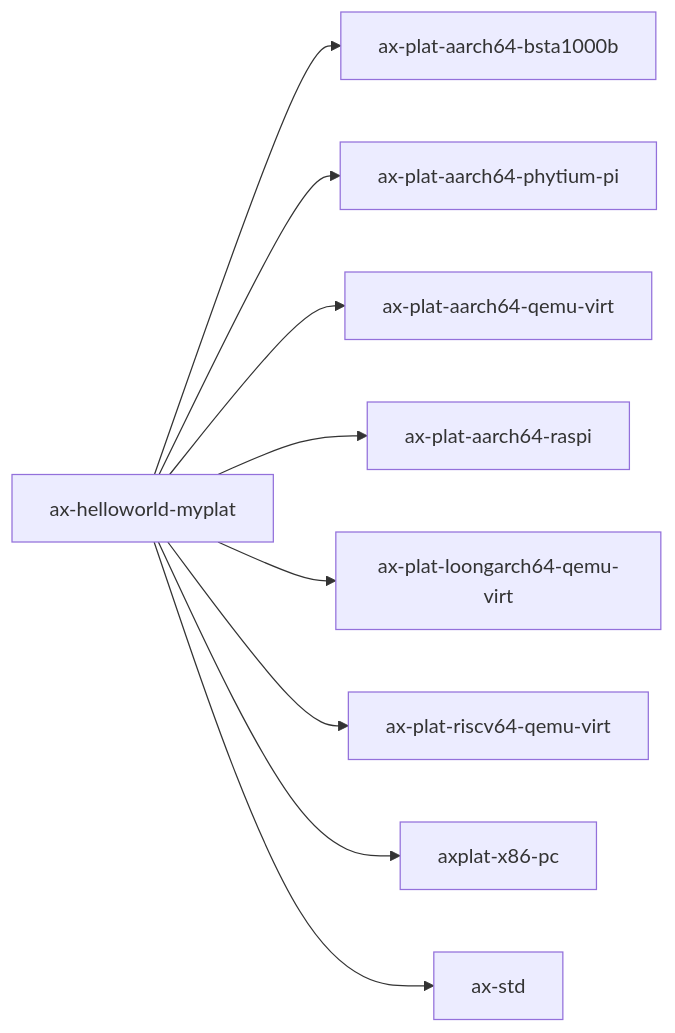
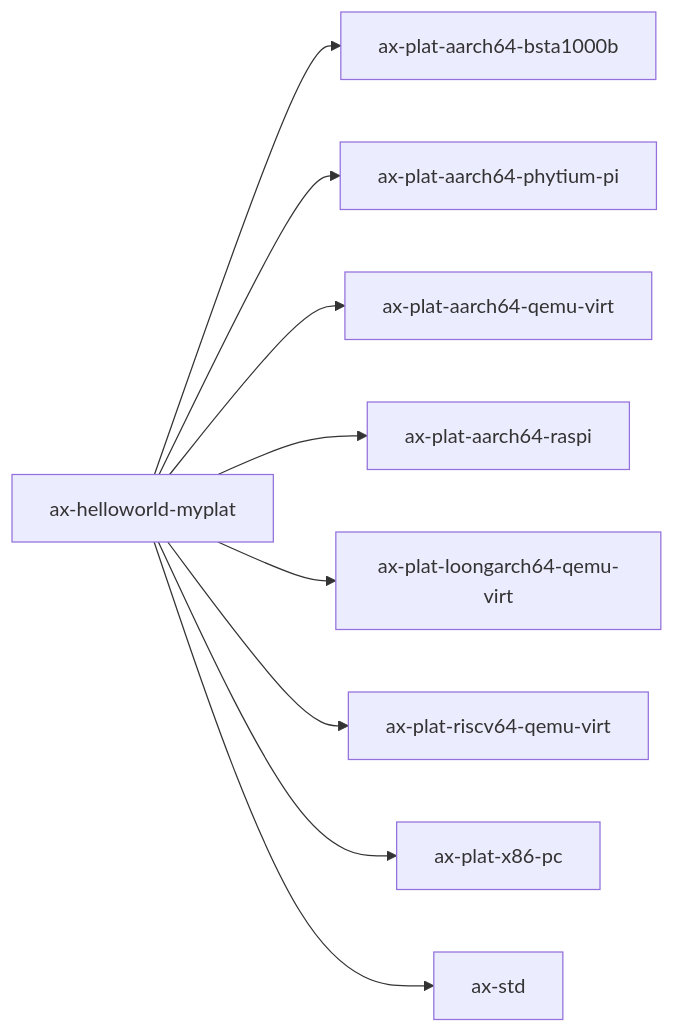
The diagram in docs/crates/ax-helloworld-myplat.md (zKurisu/tgoskits), drawn with Mermaid before and after one commit. The commit also changed other lines of this file and 39 other files, not shown here.

Commit message:
rename axplat-x86-pc to ax-plat-x86-pc

````diff
--- a/docs/crates/ax-helloworld-myplat.md
+++ b/docs/crates/ax-helloworld-myplat.md
@@ -31,12 +31,12 @@
 ```mermaid
 graph LR
     current["ax-helloworld-myplat"]
     current --> axplat_aarch64_bsta1000b["ax-plat-aarch64-bsta1000b"]
     current --> axplat_aarch64_phytium_pi["ax-plat-aarch64-phytium-pi"]
     current --> axplat_aarch64_qemu_virt["ax-plat-aarch64-qemu-virt"]
     current --> axplat_aarch64_raspi["ax-plat-aarch64-raspi"]
     current --> ax_plat_loongarch64_qemu_virt["ax-plat-loongarch64-qemu-virt"]
     current --> ax_plat_riscv64_qemu_virt["ax-plat-riscv64-qemu-virt"]
-    current --> axplat_x86_pc["axplat-x86-pc"]
+    current --> ax_plat_x86_pc["ax-plat-x86-pc"]
     current --> ax-std["ax-std"]
 ```
````
